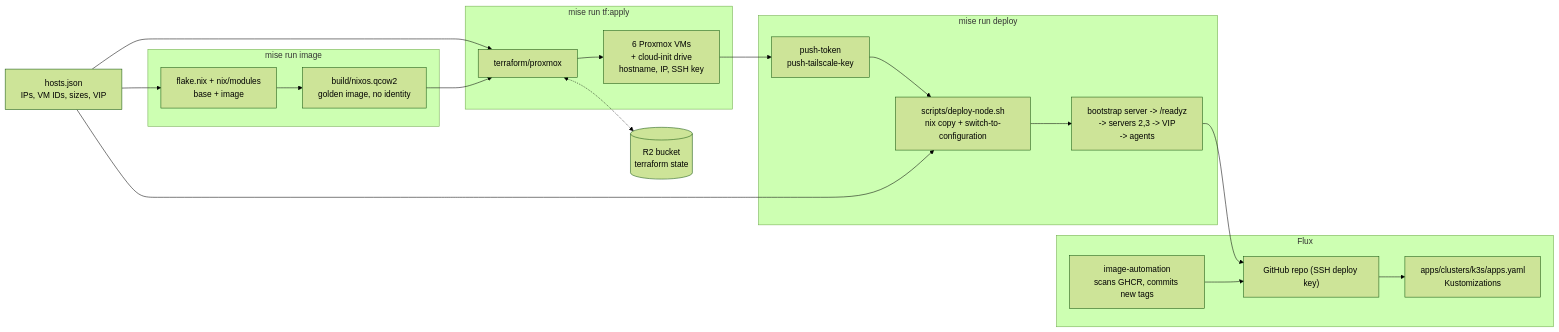
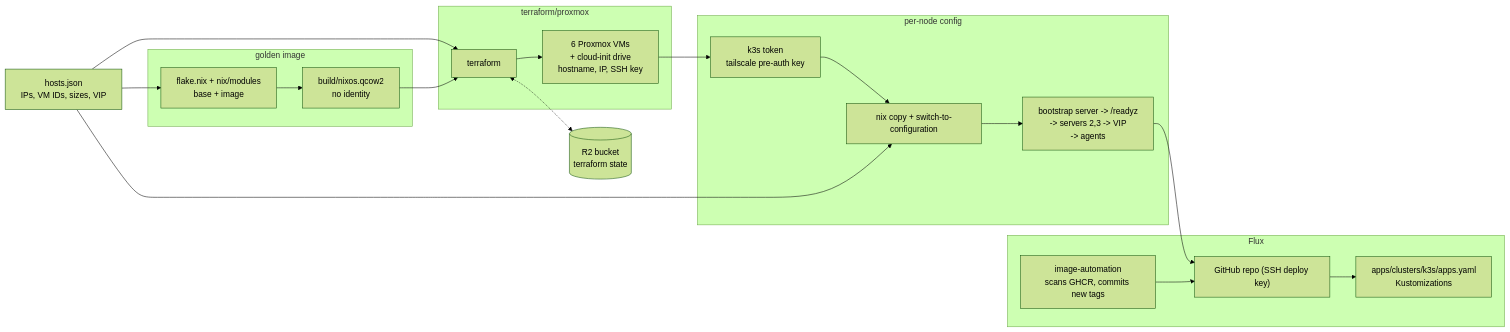
One commit to alexraskin/infrastructure changed the first of 2 diagrams in README.md. Above: the diagram before and after it, drawn with Mermaid (forest theme). The commit also changed other lines of this file and 2 other files, not shown here.

````diff
--- a/README.md
+++ b/README.md
@@ -31,38 +34,38 @@
 ```mermaid
 flowchart LR
     HJ["hosts.json<br/>IPs, VM IDs, sizes, VIP"]
 
-    subgraph build["mise run image"]
+    subgraph build["golden image"]
         FLAKE["flake.nix + nix/modules<br/>base + image"]
-        QCOW["build/nixos.qcow2<br/>golden image, no identity"]
+        QCOW["build/nixos.qcow2<br/>no identity"]
     end
 
-    subgraph tf["mise run tf:apply"]
-        TFP["terraform/proxmox"]
+    subgraph tf["terraform/proxmox"]
+        TFP["terraform"]
         VMS["6 Proxmox VMs<br/>+ cloud-init drive<br/>hostname, IP, SSH key"]
     end
 
-    subgraph dep["mise run deploy"]
-        SEC["push-token<br/>push-tailscale-key"]
-        DN["scripts/deploy-node.sh<br/>nix copy + switch-to-configuration"]
+    subgraph dep["per-node config"]
+        SEC["k3s token<br/>tailscale pre-auth key"]
+        DN["nix copy + switch-to-configuration"]
         ORDER["bootstrap server -> /readyz<br/>-> servers 2,3 -> VIP<br/>-> agents"]
     end
 
     subgraph gitops["Flux"]
         REPO["GitHub repo (SSH deploy key)"]
         KS["apps/clusters/k3s/apps.yaml<br/>Kustomizations"]
         IAC["image-automation<br/>scans GHCR, commits new tags"]
     end
 
     R2S[("R2 bucket<br/>terraform state")]
 
     HJ --> FLAKE
     HJ --> TFP
     FLAKE --> QCOW --> TFP --> VMS
     TFP <-.-> R2S
     VMS --> SEC --> DN --> ORDER
     HJ --> DN
     ORDER --> REPO
     REPO --> KS
     IAC --> REPO
 ```
````
